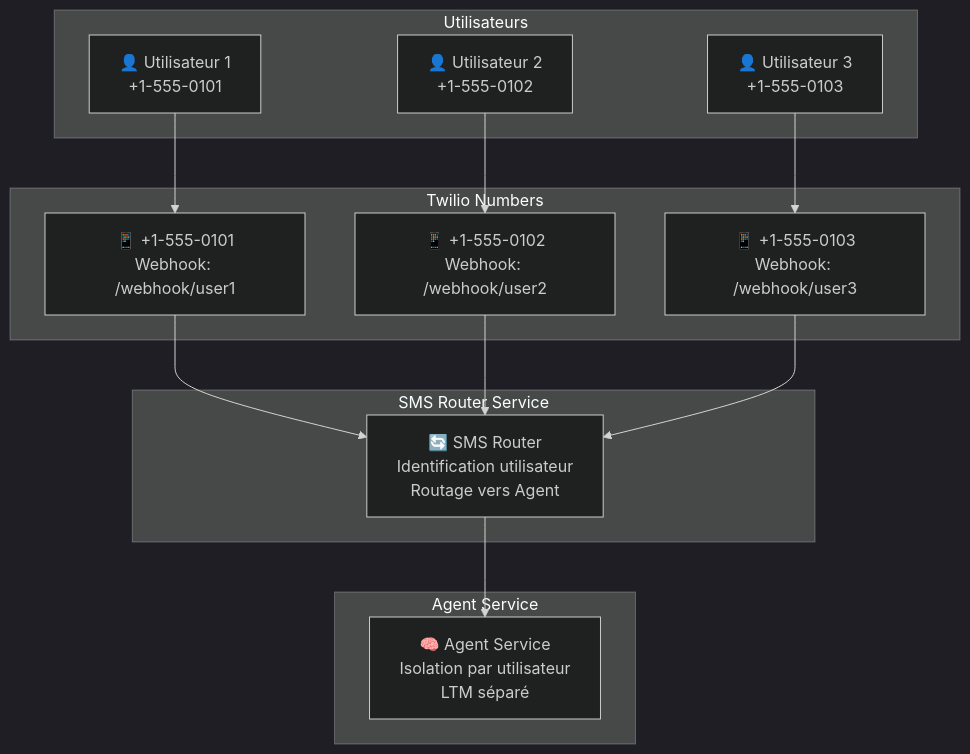
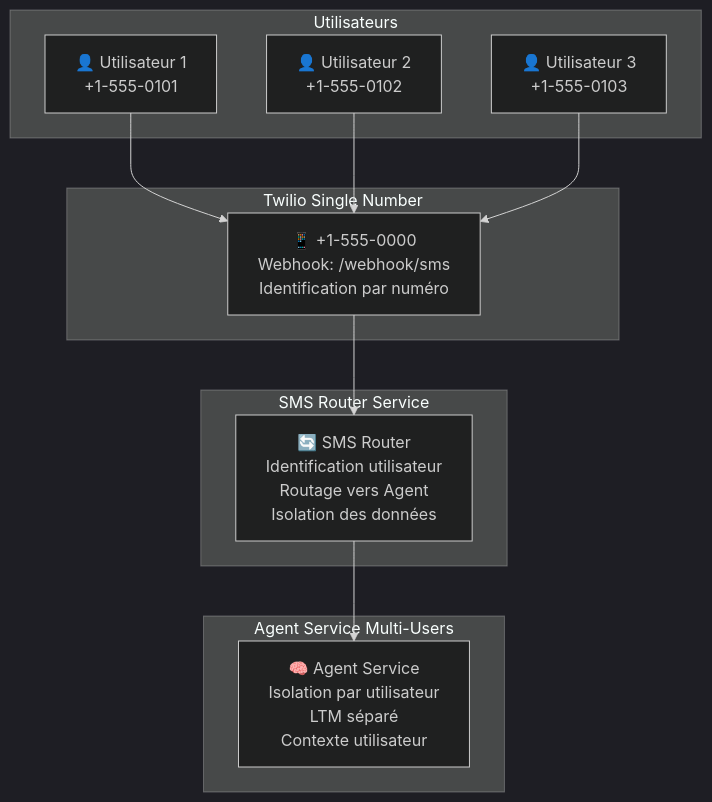
One commit to BlokusPokus/ai_assistant changed the sixth of 6 diagrams in docs/architecture/4_MAE_components_breakdown.md. Above: the diagram before and after it, drawn with Mermaid (dark theme). The commit also changed other lines of this file and 13 other files, not shown here.

First line of the commit message:
feat: Enhance Architecture Documentation for Multi-User Support and OAuth Integration

````diff
--- a/docs/architecture/4_MAE_components_breakdown.md
+++ b/docs/architecture/4_MAE_components_breakdown.md
@@ -578,32 +614,27 @@
 ```mermaid
 graph TB
     subgraph "Utilisateurs"
         USER1[👤 Utilisateur 1<br/>+1-555-0101]
         USER2[👤 Utilisateur 2<br/>+1-555-0102]
         USER3[👤 Utilisateur 3<br/>+1-555-0103]
     end
 
-    subgraph "Twilio Numbers"
-        TWILIO1[📱 +1-555-0101<br/>Webhook: /webhook/user1]
-        TWILIO2[📱 +1-555-0102<br/>Webhook: /webhook/user2]
-        TWILIO3[📱 +1-555-0103<br/>Webhook: /webhook/user3]
+    subgraph "Twilio Single Number"
+        TWILIO[📱 +1-555-0000<br/>Webhook: /webhook/sms<br/>Identification par numéro]
     end
 
     subgraph "SMS Router Service"
-        ROUTER[🔄 SMS Router<br/>Identification utilisateur<br/>Routage vers Agent]
+        ROUTER[🔄 SMS Router<br/>Identification utilisateur<br/>Routage vers Agent<br/>Isolation des données]
     end
 
-    subgraph "Agent Service"
-        AGENT[🧠 Agent Service<br/>Isolation par utilisateur<br/>LTM séparé]
+    subgraph "Agent Service Multi-Users"
+        AGENT[🧠 Agent Service<br/>Isolation par utilisateur<br/>LTM séparé<br/>Contexte utilisateur]
     end
 
-    USER1 --> TWILIO1
-    USER2 --> TWILIO2
-    USER3 --> TWILIO3
+    USER1 --> TWILIO
+    USER2 --> TWILIO
+    USER3 --> TWILIO
 
-    TWILIO1 --> ROUTER
-    TWILIO2 --> ROUTER
-    TWILIO3 --> ROUTER
-
+    TWILIO --> ROUTER
     ROUTER --> AGENT
 ```
````
